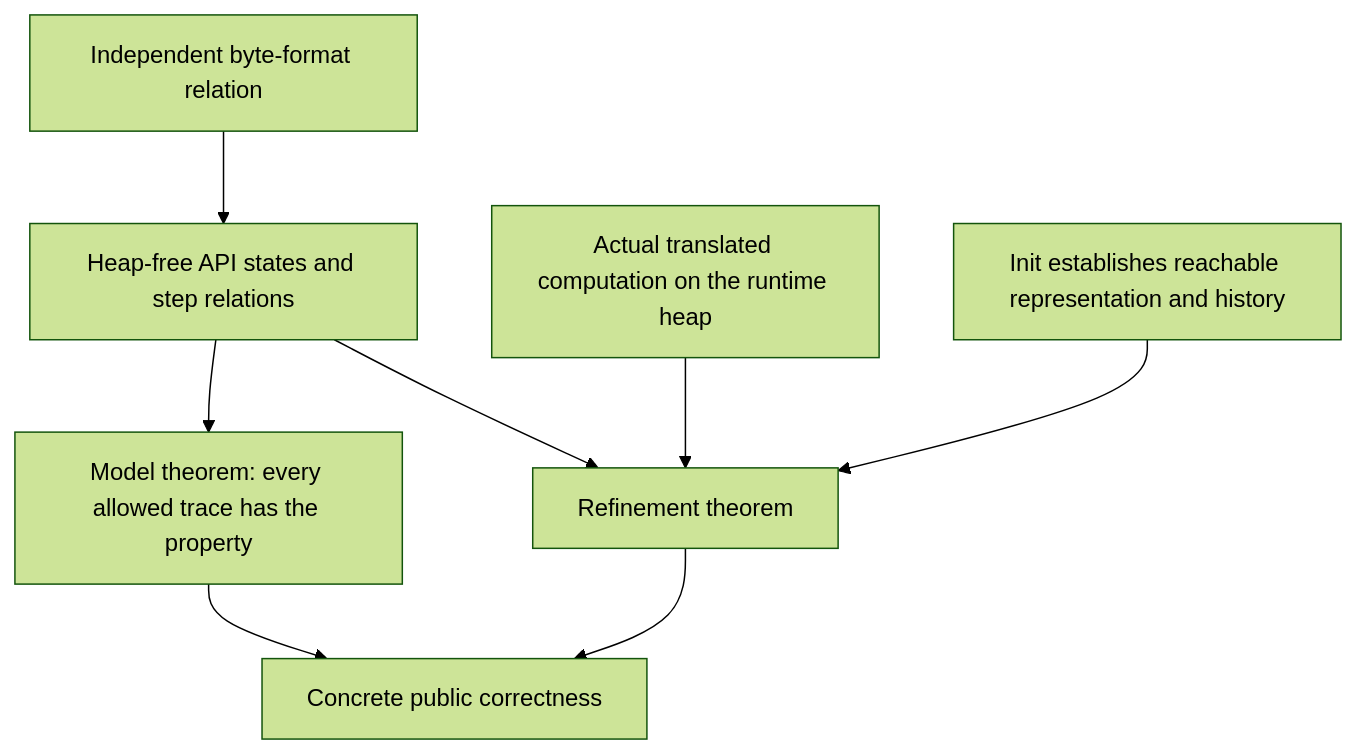
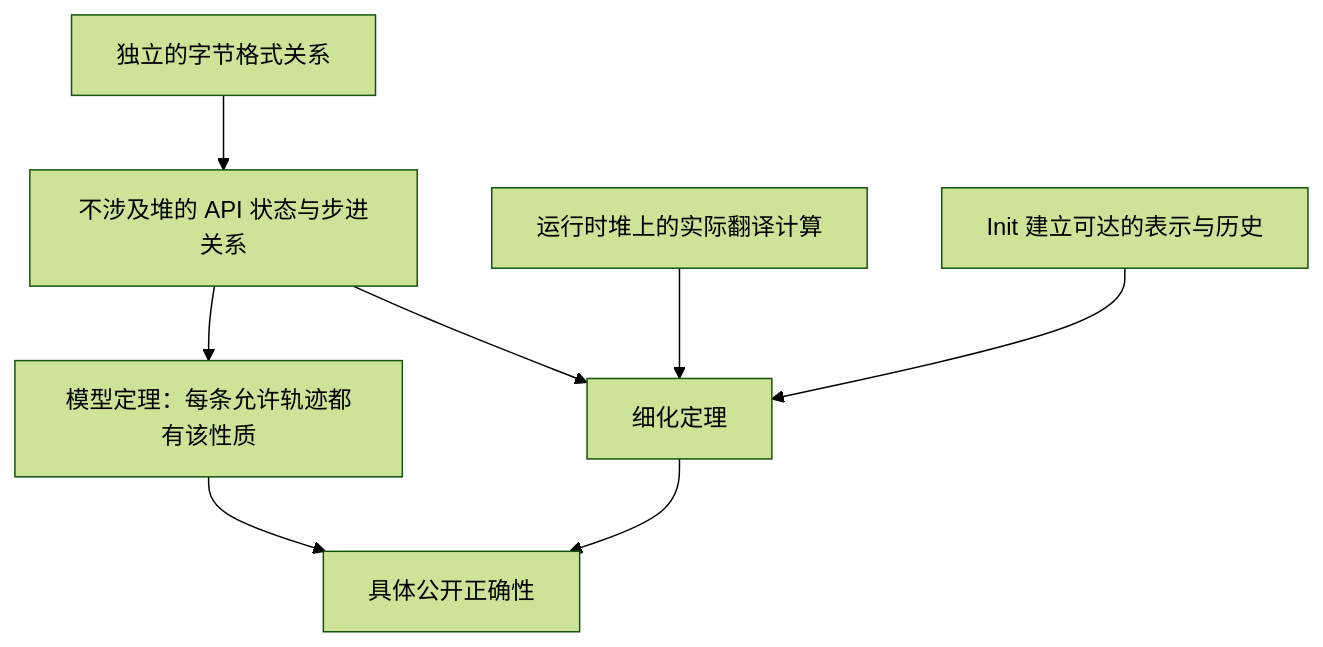
One commit to cla7aye15I4nd/zlib-f changed the diagram in site/translations/design/api-model.zh.md. Above: the diagram before and after it, drawn with Mermaid (forest theme). The commit also changed other lines of this file and 61 other files, not shown here.

````diff
--- a/site/translations/design/api-model.zh.md
+++ b/site/translations/design/api-model.zh.md
@@ -18,10 +12,10 @@
 ```mermaid
 flowchart TD
-    F["Independent byte-format relation"] --> M["Heap-free API states and step relations"]
-    M --> MT["Model theorem: every allowed trace has the property"]
-    T["Actual translated computation on the runtime heap"] --> R["Refinement theorem"]
+    F["独立的字节格式关系"] --> M["不涉及堆的 API 状态与步进关系"]
+    M --> MT["模型定理：每条允许轨迹都有该性质"]
+    T["运行时堆上的实际翻译计算"] --> R["细化定理"]
     M --> R
-    R --> C["Concrete public correctness"]
+    R --> C["具体公开正确性"]
     MT --> C
-    I["Init establishes reachable representation and history"] --> R
+    I["Init 建立可达的表示与历史"] --> R
 ```
````
